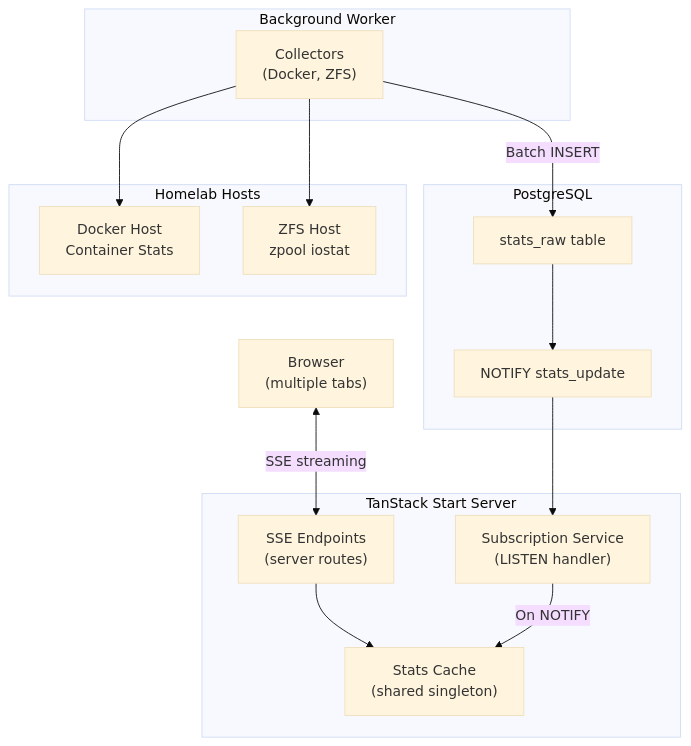
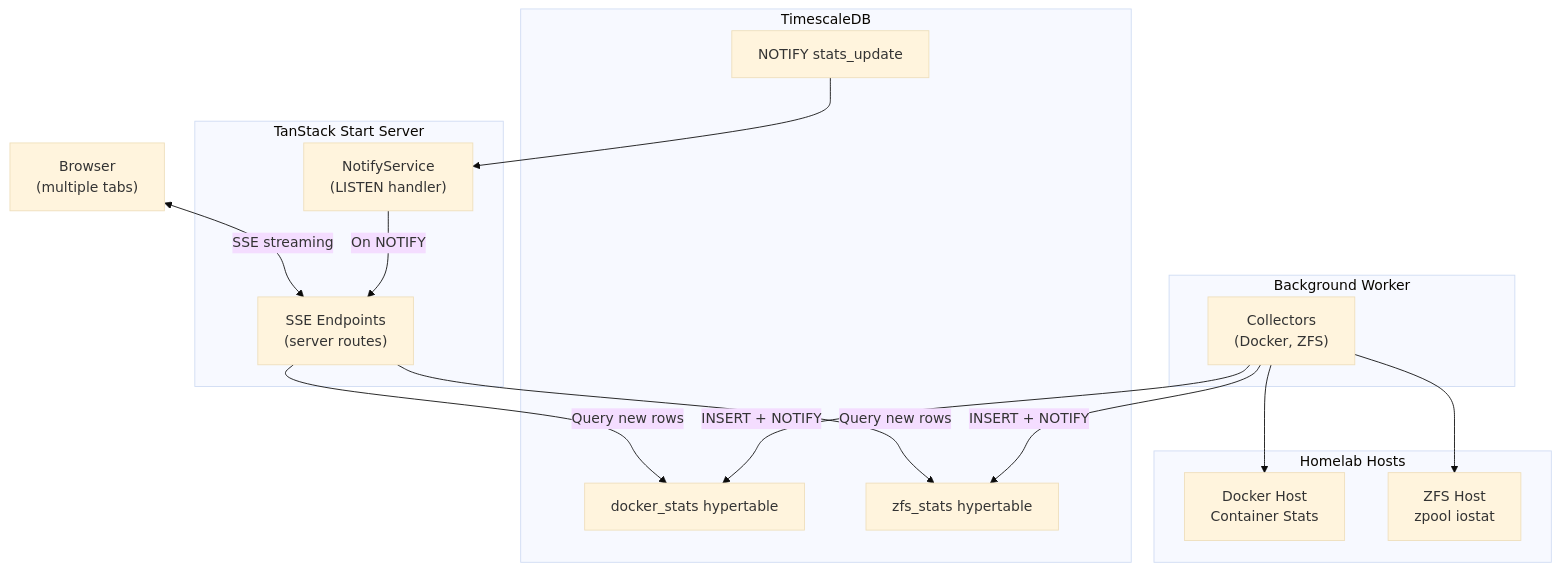
Before and after one commit to jaredglaser/homelab-manager: the first of 3 diagrams in README.md, drawn with Mermaid (base theme). The commit also changed other lines of this file and 49 other files, not shown here.

Commit message:
complete rewrite of db flow using timescaledb

````diff
--- a/README.md
+++ b/README.md
@@ -47,33 +48,34 @@
 ```mermaid
 graph TD
     Browser["Browser<br/>(multiple tabs)"]
 
     subgraph TanStack_Start["TanStack Start Server"]
         SSE["SSE Endpoints<br/>(server routes)"]
-        SubSvc["Subscription Service<br/>(LISTEN handler)"]
-        Cache["Stats Cache<br/>(shared singleton)"]
+        NotifySvc["NotifyService<br/>(LISTEN handler)"]
     end
 
-    subgraph Database["PostgreSQL"]
-        StatsRaw["stats_raw table"]
+    subgraph Database["TimescaleDB"]
+        DockerTable["docker_stats hypertable"]
+        ZFSTable["zfs_stats hypertable"]
         Notify["NOTIFY stats_update"]
     end
 
     subgraph Worker["Background Worker"]
         Collectors["Collectors<br/>(Docker, ZFS)"]
     end
 
     subgraph Hosts["Homelab Hosts"]
         DockerHost["Docker Host<br/>Container Stats"]
         ZFSHost["ZFS Host<br/>zpool iostat"]
     end
 
     Browser <-->|"SSE streaming"| SSE
-    SSE --> Cache
-    SubSvc -->|"On NOTIFY"| Cache
-    Notify --> SubSvc
-    StatsRaw --> Notify
-    Collectors -->|"Batch INSERT"| StatsRaw
+    SSE -->|"Query new rows"| DockerTable
+    SSE -->|"Query new rows"| ZFSTable
+    NotifySvc -->|"On NOTIFY"| SSE
+    Notify --> NotifySvc
+    Collectors -->|"INSERT + NOTIFY"| DockerTable
+    Collectors -->|"INSERT + NOTIFY"| ZFSTable
     Collectors --> DockerHost
     Collectors --> ZFSHost
 ```
````
